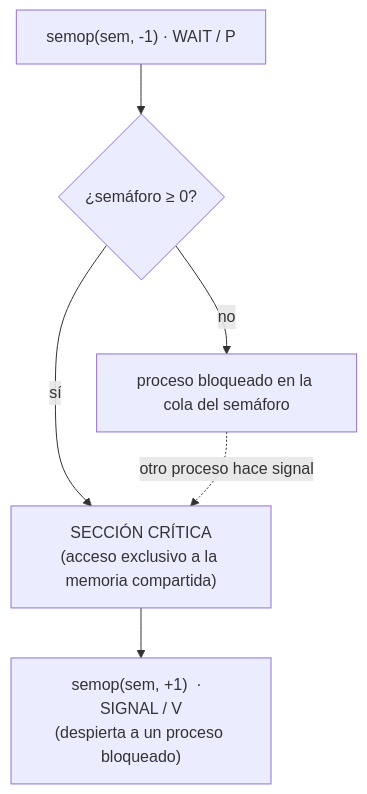
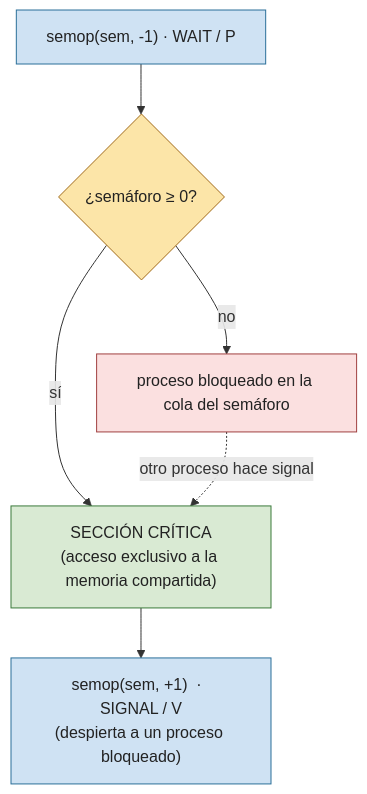
The second of 2 diagrams in PRACTICA/06-memoria-compartida-y-semaforos/README.md (asiermarzo/ssoo), drawn with Mermaid before and after one commit. The commit also changed other lines of this file and 25 other files, not shown here.

Commit message:
refinado de diagramas mermaid y svg

````diff
--- a/PRACTICA/06-memoria-compartida-y-semaforos/README.md
+++ b/PRACTICA/06-memoria-compartida-y-semaforos/README.md
@@ -103,8 +113,18 @@
 ```mermaid
 flowchart TD
     W["semop(sem, -1)  ·  WAIT / P"] --> Q{"¿semáforo ≥ 0?"}
     Q -->|sí| CS["SECCIÓN CRÍTICA<br/>(acceso exclusivo a la memoria compartida)"]
     Q -->|no| BL["proceso bloqueado en la cola del semáforo"]
     BL -. otro proceso hace signal .-> CS
     CS --> S["semop(sem, +1)  ·  SIGNAL / V<br/>(despierta a un proceso bloqueado)"]
+
+    classDef accion fill:#cfe2f3,stroke:#2b6f99,color:#222;
+    classDef decision fill:#fce5a8,stroke:#a06a1a,color:#222;
+    classDef critica fill:#d9ead3,stroke:#3a7a3a,color:#222;
+    classDef bloqueado fill:#fbe0e0,stroke:#a04040,color:#222;
+
+    class W,S accion;
+    class Q decision;
+    class CS critica;
+    class BL bloqueado;
 ```
````
